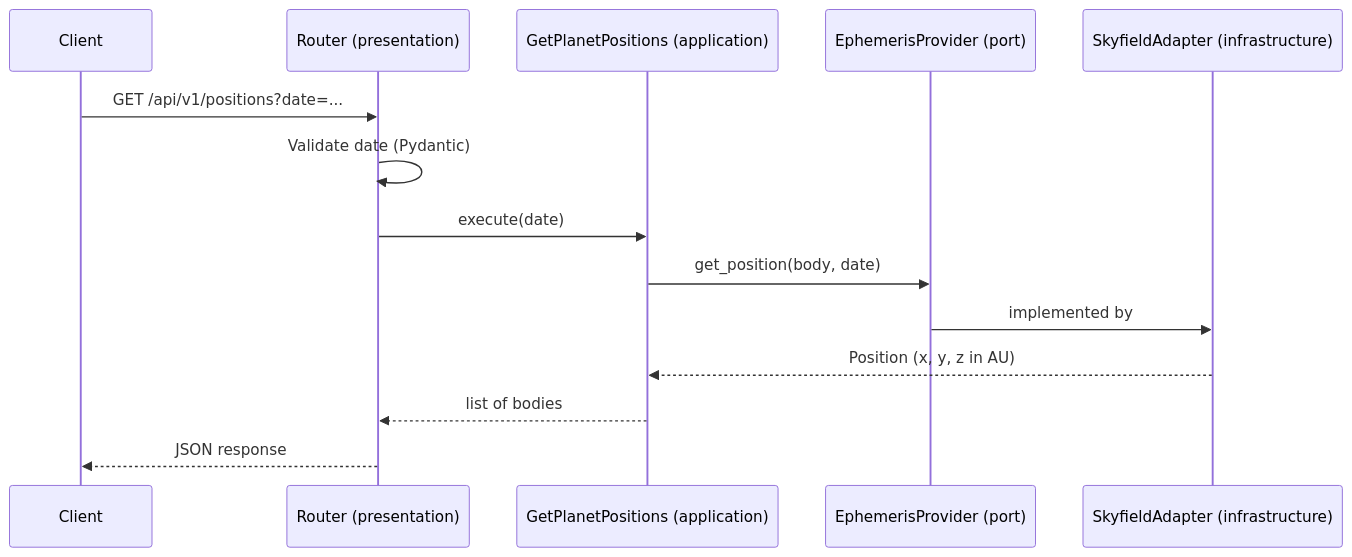
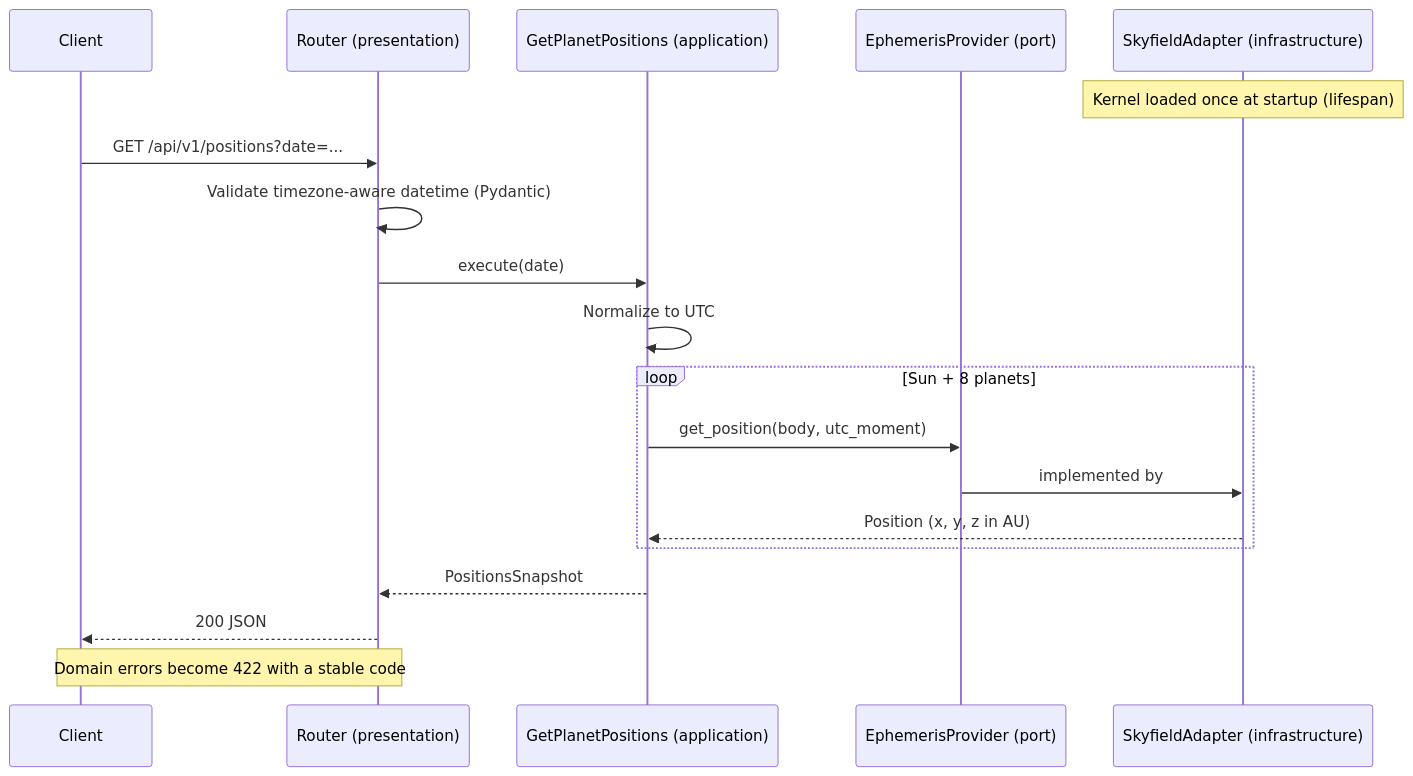
One commit to Matute0512/solar-system-simulator changed the second of 2 diagrams in README.md. Above: the diagram before and after it, drawn with Mermaid. The commit also changed other lines of this file, not shown here.

````diff
--- a/README.md
+++ b/README.md
@@ -123,16 +158,21 @@
 ```mermaid
 sequenceDiagram
     participant C as Client
     participant R as Router (presentation)
     participant U as GetPlanetPositions (application)
     participant P as EphemerisProvider (port)
     participant S as SkyfieldAdapter (infrastructure)
+    Note over S: Kernel loaded once at startup (lifespan)
     C->>R: GET /api/v1/positions?date=...
-    R->>R: Validate date (Pydantic)
+    R->>R: Validate timezone-aware datetime (Pydantic)
     R->>U: execute(date)
-    U->>P: get_position(body, date)
-    P->>S: implemented by
-    S-->>U: Position (x, y, z in AU)
-    U-->>R: list of bodies
-    R-->>C: JSON response
+    U->>U: Normalize to UTC
+    loop Sun + 8 planets
+        U->>P: get_position(body, utc_moment)
+        P->>S: implemented by
+        S-->>U: Position (x, y, z in AU)
+    end
+    U-->>R: PositionsSnapshot
+    R-->>C: 200 JSON
+    Note over R,C: Domain errors become 422 with a stable code
 ```
````
